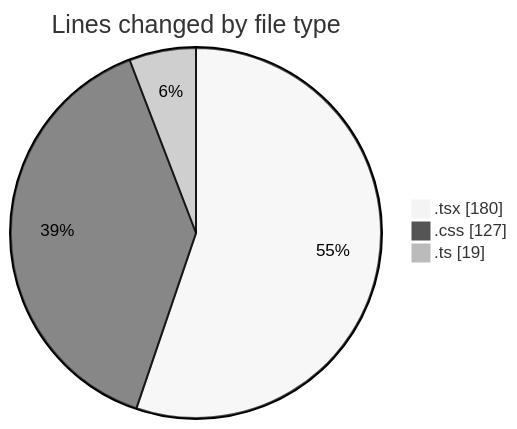
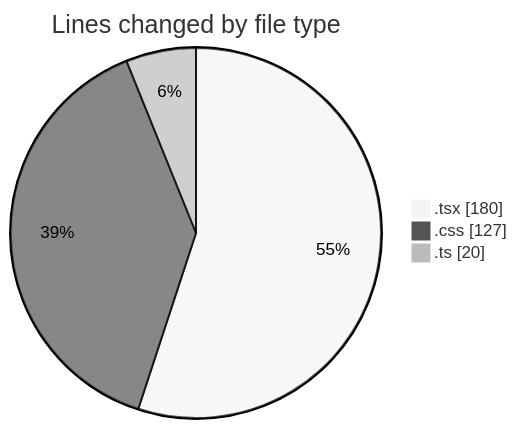
One commit to robertbonfada/code-tracking changed the first of 2 diagrams in 2025-01-09/mbc-web/README.md. Above: the diagram before and after it, drawn with Mermaid (neutral theme). The commit also changed other lines of this file and 1 other file, not shown here.

````diff
--- a/2025-01-09/mbc-web/README.md
+++ b/2025-01-09/mbc-web/README.md
@@ -29,7 +29,7 @@
 ```mermaid
 pie showData
 title Lines changed by file type
 ".tsx" : 180
 ".css" : 127
-".ts" : 19
+".ts" : 20
 ```
````
